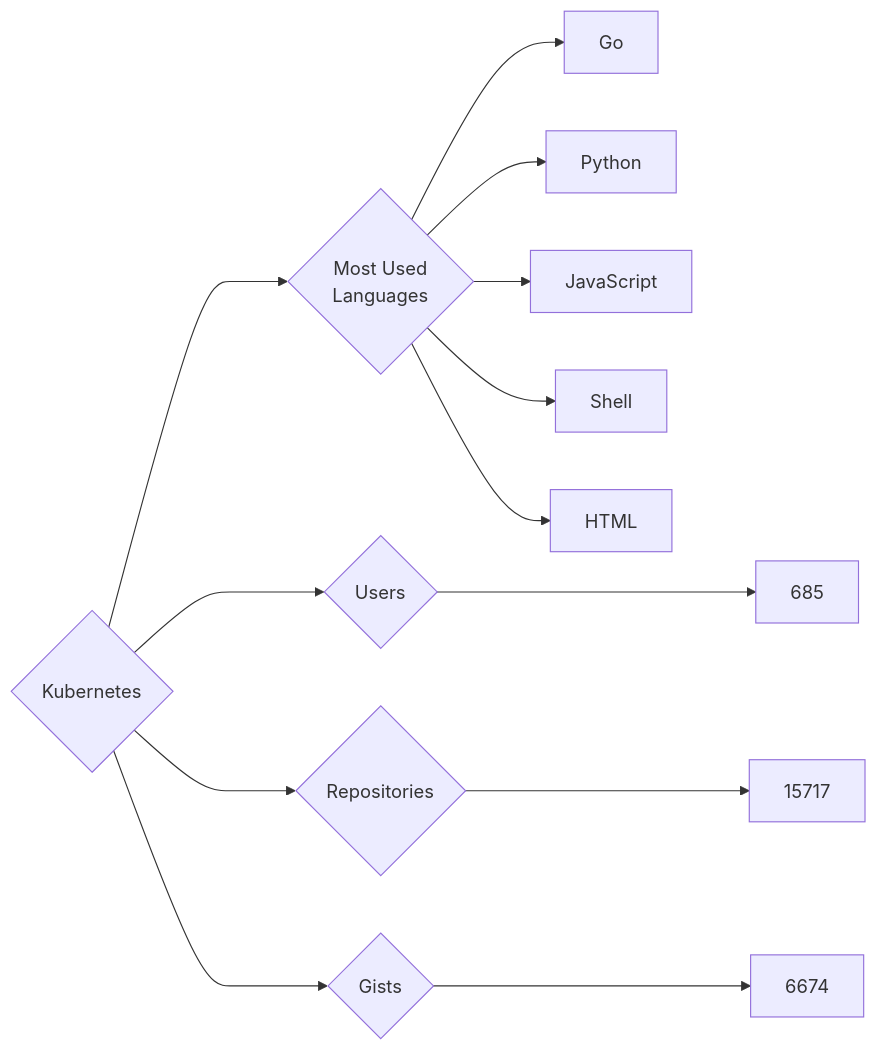
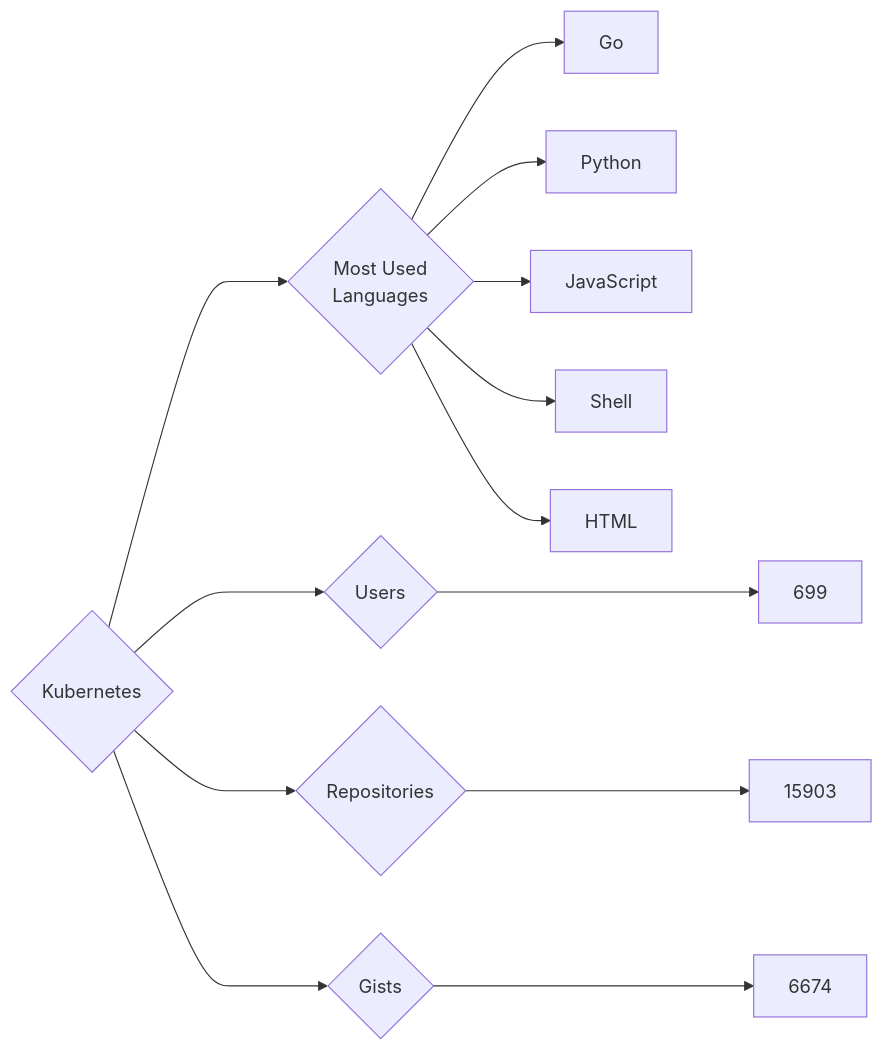
Before and after one commit to trickest/insiders: the diagram in targets/Kubernetes/README.md, drawn with Mermaid. The commit also changed 682 other files, not shown here.

````diff
--- a/targets/Kubernetes/README.md
+++ b/targets/Kubernetes/README.md
@@ -3,13 +3,13 @@
 ```mermaid
 graph LR
 COMPANY_NAME{Kubernetes}
-COMPANY_NAME ---> U{Users} ---> UN[685]
-COMPANY_NAME ---> R{Repositories} ---> RN[15717]
+COMPANY_NAME ---> U{Users} ---> UN[699]
+COMPANY_NAME ---> R{Repositories} ---> RN[15903]
 COMPANY_NAME ---> G{Gists} ---> GN[6674]
 COMPANY_NAME ---> ML{Most Used<br>Languages}
 ML --> Go[Go]
 ML --> Python[Python]
 ML --> JavaScript[JavaScript]
 ML --> Shell[Shell]
 ML --> HTML[HTML]
 ```
````
